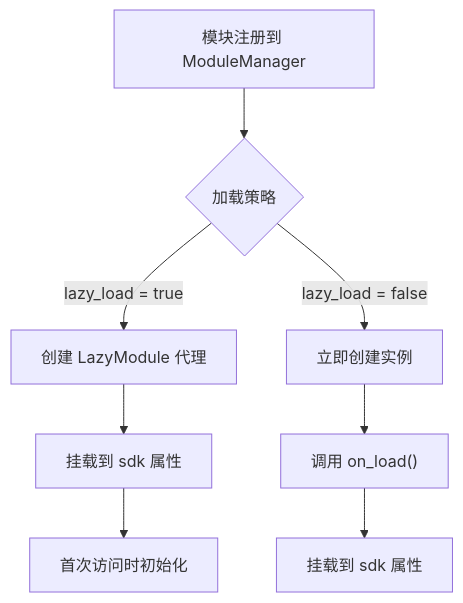
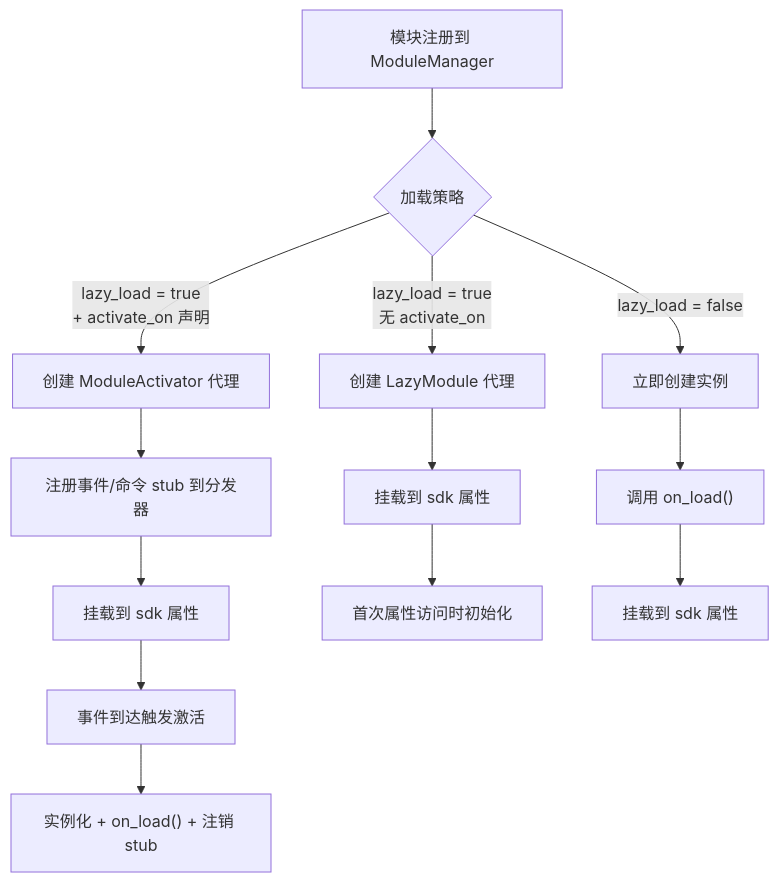
One commit to ErisPulse/ErisPulse changed the fifth of 8 diagrams in docs/zh-CN/architecture.md. Above: the diagram before and after it, drawn with Mermaid. The commit also changed other lines of this file and 56 other files, not shown here.

Commit message:
Bump version to 2.8.0-dev.0: module scope system, topology API, logger level exclusion, module meta & command overview, local plugin folder & hot reload, CLI create --local, activate_on event-driven lazy activation

````diff
--- a/docs/zh-CN/architecture.md
+++ b/docs/zh-CN/architecture.md
@@ -179,10 +179,15 @@
 ```mermaid
 flowchart TD
     A["模块注册到 ModuleManager"] --> B{"加载策略"}
-    B -->|"lazy_load = true"| C["创建 LazyModule 代理"]
-    C --> D["挂载到 sdk 属性"]
-    D --> E["首次访问时初始化"]
-    B -->|"lazy_load = false"| F["立即创建实例"]
-    F --> G["调用 on_load()"]
-    G --> D2["挂载到 sdk 属性"]
+    B -->|"lazy_load = true<br/>+ activate_on 声明"| C["创建 ModuleActivator 代理"]
+    B -->|"lazy_load = true<br/>无 activate_on"| D["创建 LazyModule 代理"]
+    B -->|"lazy_load = false"| E["立即创建实例"]
+    C --> F["注册事件/命令 stub 到分发器"]
+    F --> G["挂载到 sdk 属性"]
+    G --> H["事件到达触发激活"]
+    H --> I["实例化 + on_load() + 注销 stub"]
+    D --> J["挂载到 sdk 属性"]
+    J --> K["首次属性访问时初始化"]
+    E --> L["调用 on_load()"]
+    L --> M["挂载到 sdk 属性"]
 ```
````
